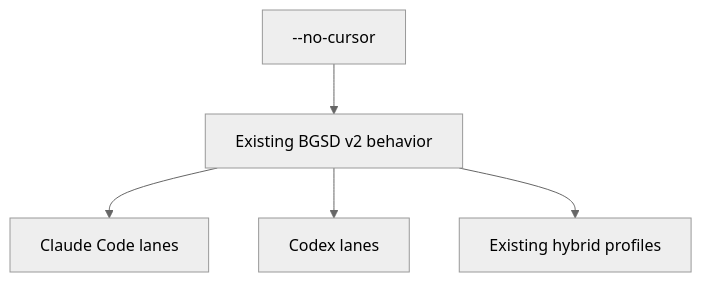
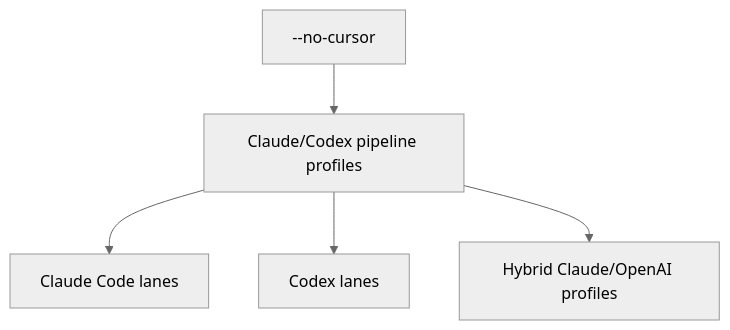
One commit to filippo-fonseca/better-gsd changed the second of 2 diagrams in README.md. Above: the diagram before and after it, drawn with Mermaid (neutral theme). The commit also changed other lines of this file and 4 other files, not shown here.

First line of the commit message:
Document Claude/Codex as an equal execution backend.

````diff
--- a/README.md
+++ b/README.md
@@ -47,7 +50,7 @@
 ```mermaid
 flowchart TD
-    F[--no-cursor] --> V2[Existing BGSD v2 behavior]
-    V2 --> CC[Claude Code lanes]
-    V2 --> CX[Codex lanes]
-    V2 --> HY[Existing hybrid profiles]
+    F[--no-cursor] --> P[Claude/Codex pipeline profiles]
+    P --> CC[Claude Code lanes]
+    P --> CX[Codex lanes]
+    P --> HY[Hybrid Claude/OpenAI profiles]
 ```
````
